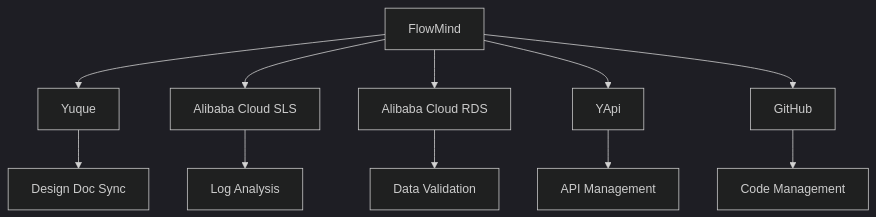
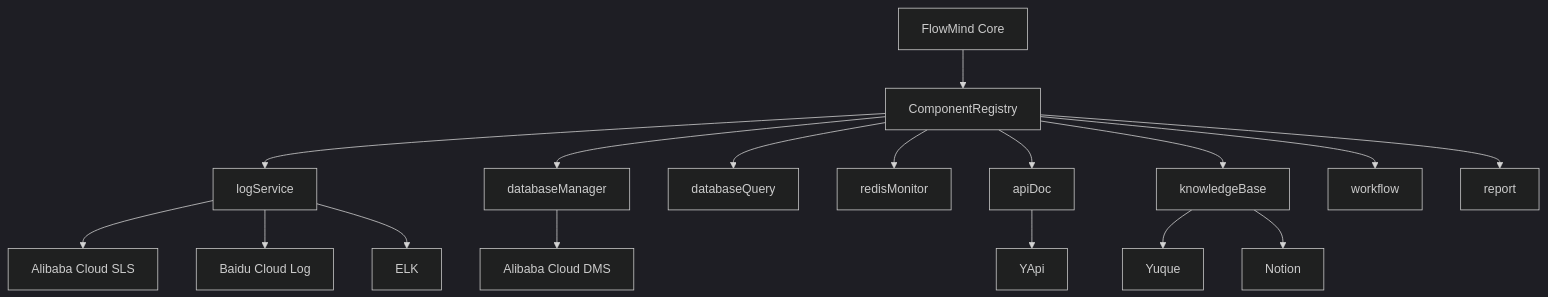
One commit to Eleven-M/flowmind changed the fourth of 6 diagrams in README.md. Above: the diagram before and after it, drawn with Mermaid (dark theme). The commit also changed other lines of this file and 29 other files, not shown here.

First line of the commit message:
feat: add pluggable component architecture for cloud provider switching

````diff
--- a/README.md
+++ b/README.md
@@ -175,13 +177,20 @@
 ```mermaid
 graph TB
-    A[FlowMind] --> B[Yuque]
-    A --> C[Alibaba Cloud SLS]
-    A --> D[Alibaba Cloud RDS]
-    A --> E[YApi]
-    A --> F[GitHub]
-    B --> G[Design Doc Sync]
-    C --> H[Log Analysis]
-    D --> I[Data Validation]
-    E --> J[API Management]
-    F --> K[Code Management]
+    A[FlowMind Core] --> R[ComponentRegistry]
+    R --> LS[logService]
+    R --> DB[databaseManager]
+    R --> DQ[databaseQuery]
+    R --> RD[redisMonitor]
+    R --> AP[apiDoc]
+    R --> KB[knowledgeBase]
+    R --> WF[workflow]
+    R --> RP[report]
+
+    LS --> LS1[Alibaba Cloud SLS]
+    LS --> LS2[Baidu Cloud Log]
+    LS --> LS3[ELK]
+    DB --> DB1[Alibaba Cloud DMS]
+    KB --> KB1[Yuque]
+    KB --> KB2[Notion]
+    AP --> AP1[YApi]
 ```
````
